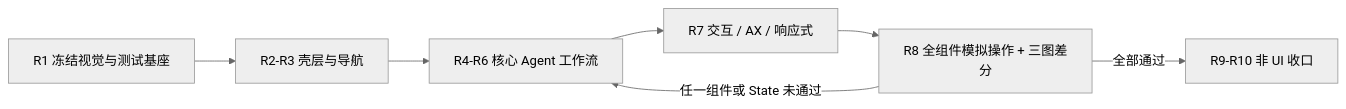
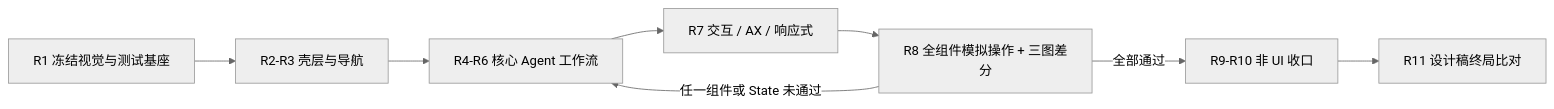
Before and after one commit to expcat/Pawork: the diagram in ROADMAP.md, drawn with Mermaid (neutral theme). The commit also changed other lines of this file and 9 other files, not shown here.

````diff
--- a/ROADMAP.md
+++ b/ROADMAP.md
@@ -81,9 +81,10 @@
 ```mermaid
 flowchart LR
     A["R1 冻结视觉与测试基座"] --> B["R2-R3 壳层与导航"]
     B --> C["R4-R6 核心 Agent 工作流"]
     C --> D["R7 交互 / AX / 响应式"]
     D --> E["R8 全组件模拟操作 + 三图差分"]
     E -->|"任一组件或 State 未通过"| C
     E -->|"全部通过"| F["R9-R10 非 UI 收口"]
+    F --> G["R11 设计稿终局比对"]
 ```
````
